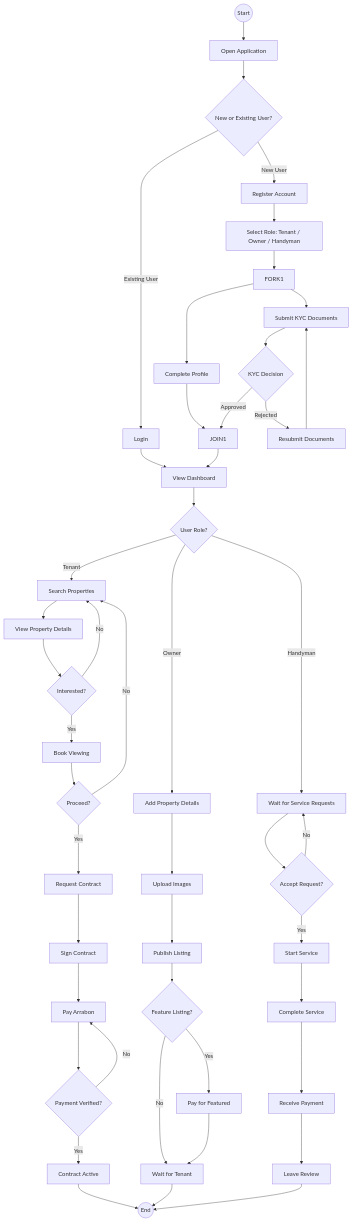
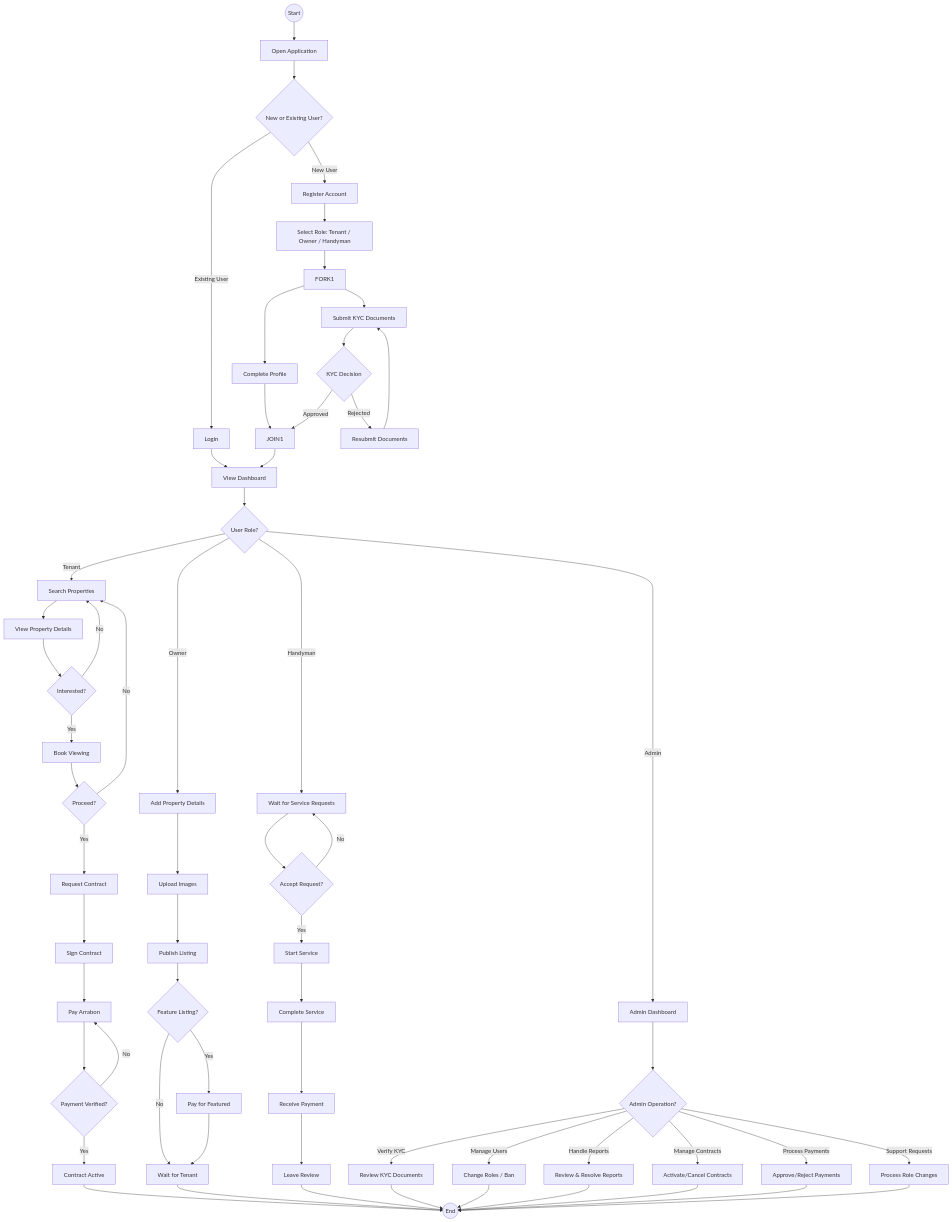
One commit to houssamhk/keraa-home-help changed the sixth of 12 diagrams in docs/UML_DIAGRAMS.md. Above: the diagram before and after it, drawn with Mermaid. The commit also changed other lines of this file, not shown here.

Commit message:
Update docs and UML diagrams

````diff
--- a/docs/UML_DIAGRAMS.md
+++ b/docs/UML_DIAGRAMS.md
@@ -412,59 +699,74 @@
 ```mermaid
 flowchart TD
     START((Start)) --> OPEN[Open Application]
     OPEN --> DECISION1{New or Existing User?}
 
     DECISION1 -->|New User| REGISTER[Register Account]
     DECISION1 -->|Existing User| LOGIN[Login]
 
     REGISTER --> SELECT_ROLE[Select Role: Tenant / Owner / Handyman]
     SELECT_ROLE --> FORK1
 
     FORK1 --> PROFILE[Complete Profile]
     FORK1 --> KYC[Submit KYC Documents]
 
     PROFILE --> JOIN1
     KYC --> KYC_REVIEW{KYC Decision}
     KYC_REVIEW -->|Approved| JOIN1
     KYC_REVIEW -->|Rejected| RESUBMIT[Resubmit Documents]
     RESUBMIT --> KYC
 
     LOGIN --> DASHBOARD
     JOIN1 --> DASHBOARD[View Dashboard]
 
     DASHBOARD --> ROLE_DECISION{User Role?}
 
     ROLE_DECISION -->|Tenant| SEARCH[Search Properties]
     ROLE_DECISION -->|Owner| ADD_PROP[Add Property Details]
     ROLE_DECISION -->|Handyman| WAIT_REQ[Wait for Service Requests]
+    ROLE_DECISION -->|Admin| ADMIN_DASH[Admin Dashboard]
 
     SEARCH --> VIEW_DETAIL[View Property Details]
     VIEW_DETAIL --> INTEREST{Interested?}
     INTEREST -->|No| SEARCH
     INTEREST -->|Yes| BOOK_VIEW[Book Viewing]
     BOOK_VIEW --> VIEWING_DONE{Proceed?}
     VIEWING_DONE -->|No| SEARCH
     VIEWING_DONE -->|Yes| REQUEST_CONTRACT[Request Contract]
     REQUEST_CONTRACT --> SIGN[Sign Contract]
     SIGN --> PAY_ARRABON[Pay Arrabon]
     PAY_ARRABON --> ADMIN_VERIFY{Payment Verified?}
     ADMIN_VERIFY -->|Yes| CONTRACT_ACTIVE[Contract Active]
     ADMIN_VERIFY -->|No| PAY_ARRABON
     CONTRACT_ACTIVE --> END_NODE((End))
 
     ADD_PROP --> UPLOAD_IMG[Upload Images]
     UPLOAD_IMG --> PUBLISH[Publish Listing]
     PUBLISH --> FEATURE_DECISION{Feature Listing?}
     FEATURE_DECISION -->|Yes| PAY_FEATURE[Pay for Featured]
     FEATURE_DECISION -->|No| WAIT_TENANT[Wait for Tenant]
     PAY_FEATURE --> WAIT_TENANT
     WAIT_TENANT --> END_NODE
 
     WAIT_REQ --> ACCEPT_REQ{Accept Request?}
     ACCEPT_REQ -->|Yes| START_SERVICE[Start Service]
     ACCEPT_REQ -->|No| WAIT_REQ
     START_SERVICE --> COMPLETE_SERVICE[Complete Service]
     COMPLETE_SERVICE --> RECEIVE_PAYMENT[Receive Payment]
     RECEIVE_PAYMENT --> LEAVE_REVIEW[Leave Review]
     LEAVE_REVIEW --> END_NODE
+
+    ADMIN_DASH --> ADMIN_OPS{Admin Operation?}
+    ADMIN_OPS -->|Verify KYC| REVIEW_KYC[Review KYC Documents]
+    ADMIN_OPS -->|Manage Users| MANAGE_USERS[Change Roles / Ban]
+    ADMIN_OPS -->|Handle Reports| HANDLE_REPORTS[Review & Resolve Reports]
+    ADMIN_OPS -->|Manage Contracts| MANAGE_CONTRACTS[Activate/Cancel Contracts]
+    ADMIN_OPS -->|Process Payments| PROCESS_PAY[Approve/Reject Payments]
+    ADMIN_OPS -->|Support Requests| PROCESS_SUPPORT[Process Role Changes]
+    REVIEW_KYC --> END_NODE
+    MANAGE_USERS --> END_NODE
+    HANDLE_REPORTS --> END_NODE
+    MANAGE_CONTRACTS --> END_NODE
+    PROCESS_PAY --> END_NODE
+    PROCESS_SUPPORT --> END_NODE
 ```
````
